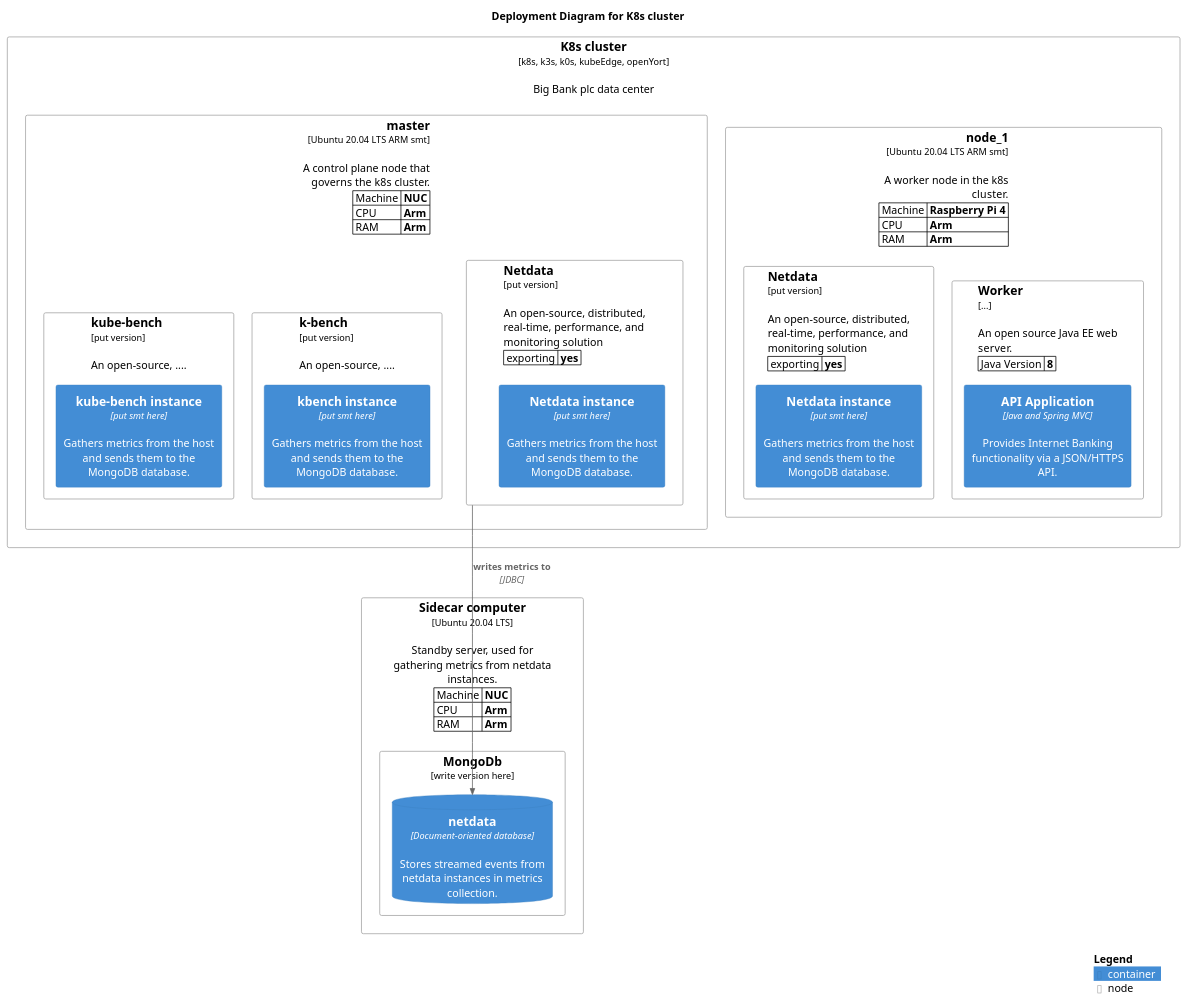
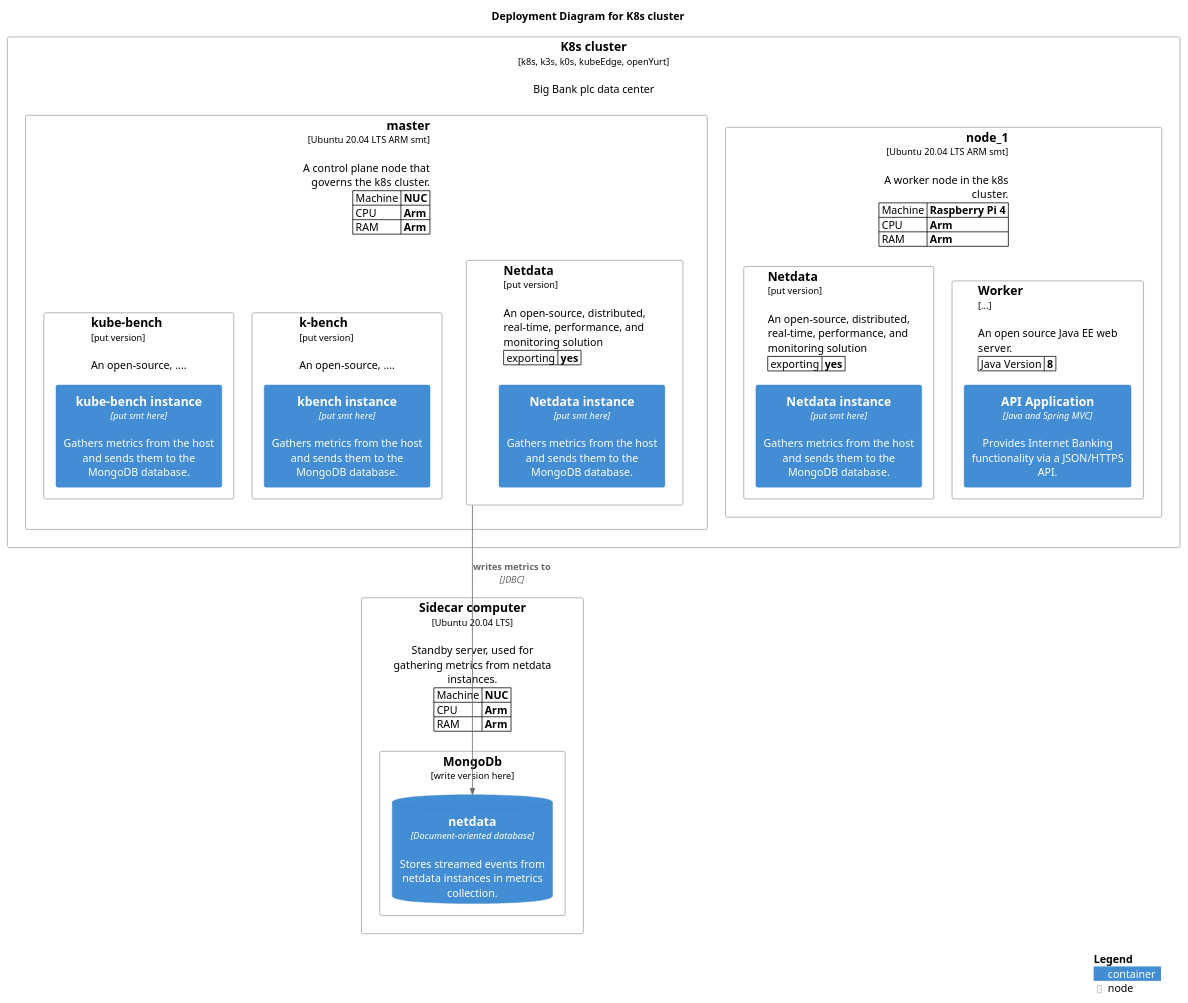
One commit to DiyazY/iot-edge changed the diagram in src/diagrams/deployment_diagram.puml. Above: the diagram before and after it, drawn with PlantUML. The commit also changed 3 other files, not shown here.

Commit message:
openYurt | corrected the mistype in k8s dist name

```diff
--- a/src/diagrams/deployment_diagram.puml
+++ b/src/diagrams/deployment_diagram.puml
@@ -1,74 +1,74 @@
 @startuml
   !include https://raw.githubusercontent.com/plantuml-stdlib/C4-PlantUML/master/C4_Deployment.puml
 
 AddElementTag("fallback", $bgColor="#c0c0c0")
 AddRelTag("fallback", $textColor="#c0c0c0", $lineColor="#438DD5")
 
 WithoutPropertyHeader()
 
 ' calculated legend is used (activated in last line)
 ' LAYOUT_WITH_LEGEND()
 
 title Deployment Diagram for K8s cluster
 
-Deployment_Node(plc, "K8s cluster", "k8s, k3s, k0s, kubeEdge, openYort", "Big Bank plc data center"){
+Deployment_Node(plc, "K8s cluster", "k8s, k3s, k0s, kubeEdge, openYurt", "Big Bank plc data center"){
     AddProperty("Machine", "Raspberry Pi 4")
     AddProperty("CPU", "Arm")
     AddProperty("RAM", "Arm")
     Deployment_Node_R(node_1, "node_1", "Ubuntu 20.04 LTS ARM smt", "A worker node in the k8s cluster."){
         AddProperty("Java Version", "8")
         Deployment_Node_L(worker, "Worker", "...", "An open source Java EE web server."){
             Container(api, "API Application", "Java and Spring MVC", "Provides Internet Banking functionality via a JSON/HTTPS API.")
         }
 
         ' add more properties to the node
         AddProperty("exporting", "yes")
         Deployment_Node_L(netdata_node_1, "Netdata", "put version", "An open-source, distributed, real-time, performance, and monitoring solution"){
             Container(netdata_1, "Netdata instance", "put smt here", "Gathers metrics from the host and sends them to the MongoDB database.")
         }
     }
 
     AddProperty("Machine", "NUC")
     AddProperty("CPU", "Arm")
     AddProperty("RAM", "Arm")
     Deployment_Node_R(master, "master", "Ubuntu 20.04 LTS ARM smt", "A control plane node that governs the k8s cluster."){
         ' AddProperty("Java Version", "8")
         ' AddProperty("Xmx", "512M")
         ' AddProperty("Xms", "1024M")
         ' Deployment_Node_L(apache, "Apache Tomcat", "Apache Tomcat 8.x", "An open source Java EE web server."){
         '     Container(api, "API Application", "Java and Spring MVC", "Provides Internet Banking functionality via a JSON/HTTPS API.")
         ' }
 
         ' add more properties to the node
         AddProperty("exporting", "yes")
         Deployment_Node_L(netdata_master, "Netdata", "put version", "An open-source, distributed, real-time, performance, and monitoring solution"){
             Container(netdata_2, "Netdata instance", "put smt here", "Gathers metrics from the host and sends them to the MongoDB database.")
         }
 
         Deployment_Node_L(kbench_master, "k-bench", "put version", "An open-source, ...."){
             Container(kbench, "kbench instance", "put smt here", "Gathers metrics from the host and sends them to the MongoDB database.")
         }
 
         Deployment_Node_L(kubebench_master, "kube-bench", "put version", "An open-source, ...."){
             Container(kubebench, "kube-bench instance", "put smt here", "Gathers metrics from the host and sends them to the MongoDB database.")
         }
     }
     
 }
 
 AddProperty("Machine", "NUC")
 AddProperty("CPU", "Arm")
 AddProperty("RAM", "Arm")
 Deployment_Node(comp, "Sidecar computer", "Ubuntu 20.04 LTS", "Standby server, used for gathering metrics from netdata instances."){
     Deployment_Node(mongodb, "MongoDb", "write version here"){
         ContainerDb(mongodb1, "netdata", "Document-oriented database", "Stores streamed events from netdata instances in metrics collection.")
     }
 }
 
 Rel(netdata_master, mongodb1, "writes metrics to", "JDBC")
 ' Rel(api, db2, "Reads from and writes to", "JDBC", $tags="fallback")
 ' Rel_R(db, db2, "Replicates data to")
 
 SHOW_LEGEND()
 
 @enduml
```
